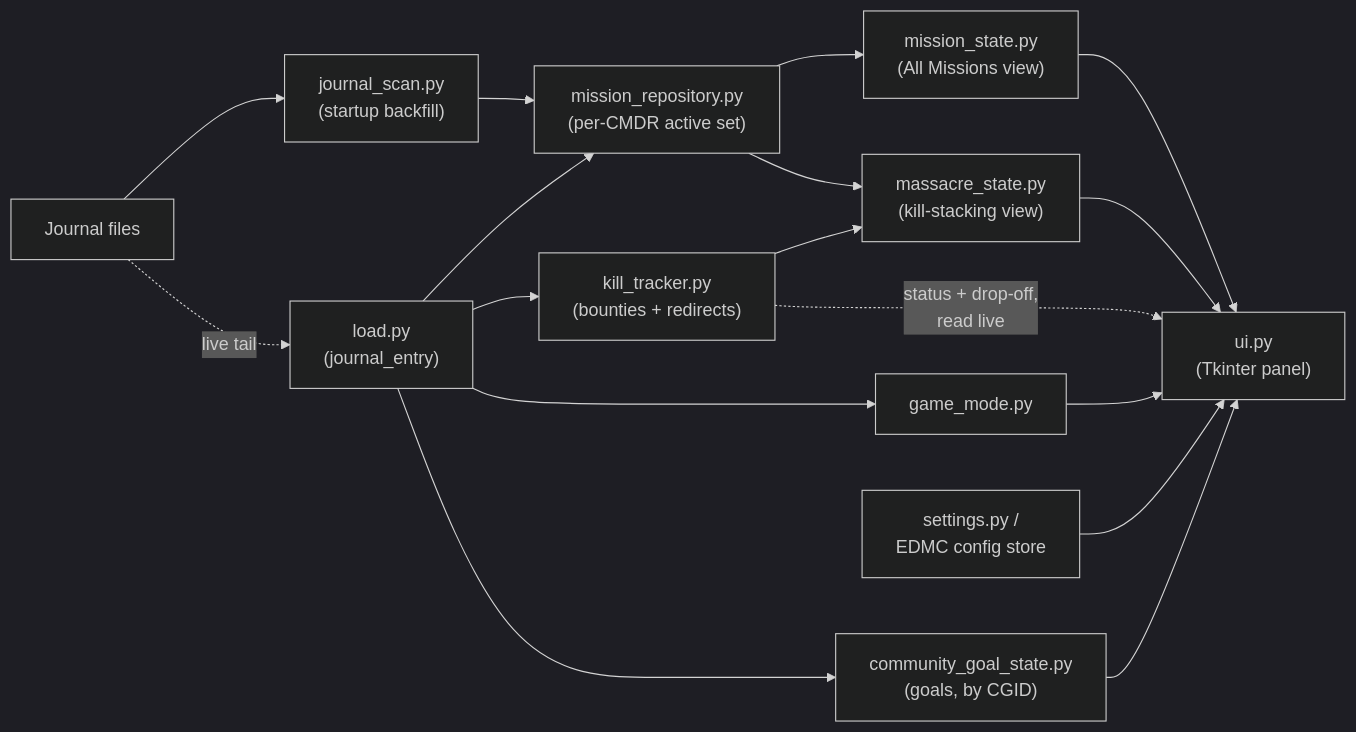
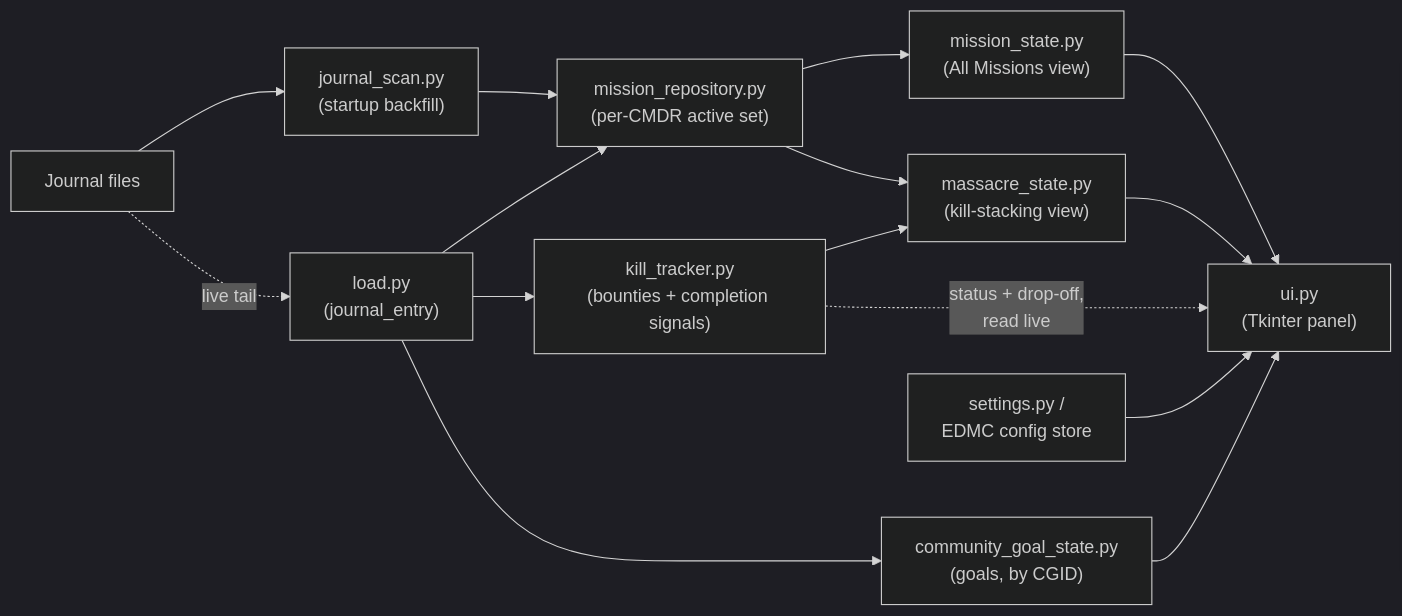
Before and after one commit to rwharpernc/EDMMM: the diagram in TECHNICAL_SPEC.md, drawn with Mermaid (dark theme). The commit also changed other lines of this file and 8 other files, not shown here.

First line of the commit message:
Add collapsible header with plugin name; remove Game Mode display

````diff
--- a/TECHNICAL_SPEC.md
+++ b/TECHNICAL_SPEC.md
@@ -186,19 +193,17 @@
 ```mermaid
 flowchart LR
     JF[Journal files] --> JS["journal_scan.py<br/>(startup backfill)"]
     JF -.live tail.-> LE["load.py<br/>(journal_entry)"]
     JS --> MR["mission_repository.py<br/>(per-CMDR active set)"]
     LE --> MR
-    LE --> KT["kill_tracker.py<br/>(bounties + redirects)"]
-    LE --> GM["game_mode.py"]
+    LE --> KT["kill_tracker.py<br/>(bounties + completion signals)"]
     LE --> CG["community_goal_state.py<br/>(goals, by CGID)"]
     MR --> MS["mission_state.py<br/>(All Missions view)"]
     MR --> MC["massacre_state.py<br/>(kill-stacking view)"]
     KT --> MC
     KT -."status + drop-off,<br/>read live".-> UI["ui.py<br/>(Tkinter panel)"]
     MS --> UI
     MC --> UI
-    GM --> UI
     CG --> UI
     CFG["settings.py /<br/>EDMC config store"] --> UI
 ```
````
